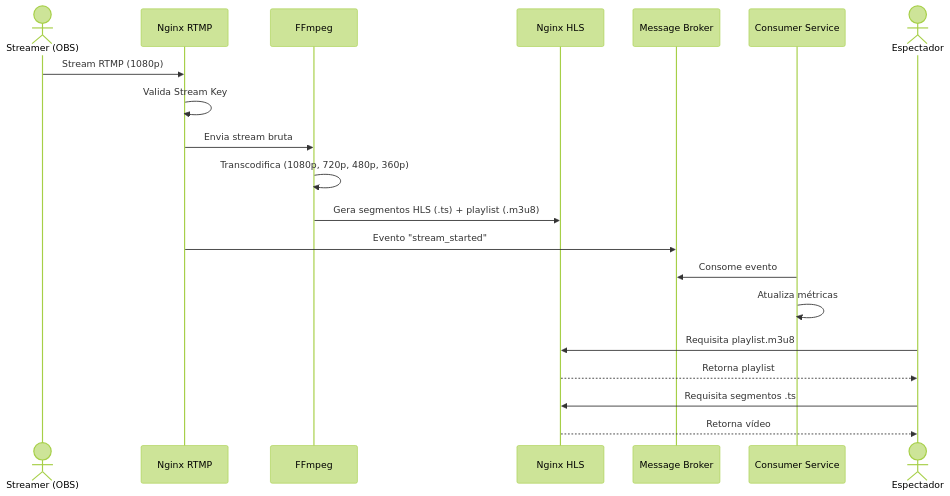
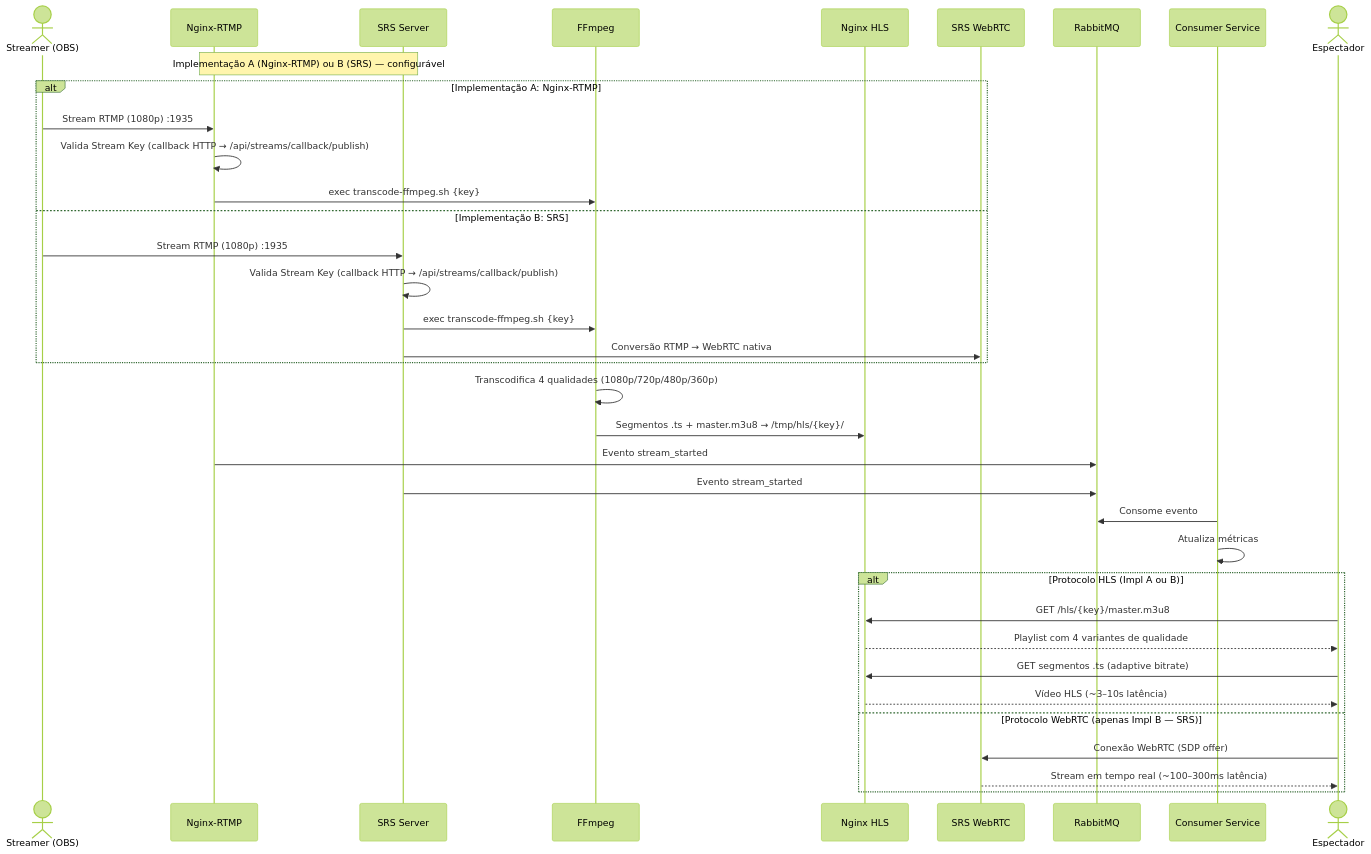
The diagram in docs/diagrams/04-fluxo-transmissao.mermaid (valter-junnior/tcc-streaming-platform), drawn with Mermaid (forest theme) before and after one commit. The commit also changed 45 other files, not shown here.

First line of the commit message:
feat: Update architecture diagrams and documentation for RTMP ingestion and delivery protocols

```diff
--- a/docs/diagrams/04-fluxo-transmissao.mermaid
+++ b/docs/diagrams/04-fluxo-transmissao.mermaid
@@ -1,22 +1,41 @@
 sequenceDiagram
     actor Streamer as Streamer (OBS)
-    participant RTMP as Nginx RTMP
+    participant NGX as Nginx-RTMP
+    participant SRS as SRS Server
     participant FFmpeg as FFmpeg
     participant HLS as Nginx HLS
-    participant Kafka as Message Broker
+    participant WebRTC as SRS WebRTC
+    participant Broker as RabbitMQ
     participant Consumer as Consumer Service
     actor Viewer as Espectador
 
-    Streamer->>RTMP: Stream RTMP (1080p)
-    RTMP->>RTMP: Valida Stream Key
-    RTMP->>FFmpeg: Envia stream bruta
-    FFmpeg->>FFmpeg: Transcodifica (1080p, 720p, 480p, 360p)
-    FFmpeg->>HLS: Gera segmentos HLS (.ts) + playlist (.m3u8)
-    RTMP->>Kafka: Evento "stream_started"
-    Consumer->>Kafka: Consome evento
+    Note over NGX,SRS: Implementação A (Nginx-RTMP) ou B (SRS) — configurável
+
+    alt Implementação A: Nginx-RTMP
+        Streamer->>NGX: Stream RTMP (1080p) :1935
+        NGX->>NGX: Valida Stream Key (callback HTTP → /api/streams/callback/publish)
+        NGX->>FFmpeg: exec transcode-ffmpeg.sh {key}
+    else Implementação B: SRS
+        Streamer->>SRS: Stream RTMP (1080p) :1935
+        SRS->>SRS: Valida Stream Key (callback HTTP → /api/streams/callback/publish)
+        SRS->>FFmpeg: exec transcode-ffmpeg.sh {key}
+        SRS->>WebRTC: Conversão RTMP → WebRTC nativa
+    end
+
+    FFmpeg->>FFmpeg: Transcodifica 4 qualidades (1080p/720p/480p/360p)
+    FFmpeg->>HLS: Segmentos .ts + master.m3u8 → /tmp/hls/{key}/
+
+    NGX->>Broker: Evento stream_started
+    SRS->>Broker: Evento stream_started
+    Consumer->>Broker: Consome evento
     Consumer->>Consumer: Atualiza métricas
-    
-    Viewer->>HLS: Requisita playlist.m3u8
-    HLS-->>Viewer: Retorna playlist
-    Viewer->>HLS: Requisita segmentos .ts
-    HLS-->>Viewer: Retorna vídeo
+
+    alt Protocolo HLS (Impl A ou B)
+        Viewer->>HLS: GET /hls/{key}/master.m3u8
+        HLS-->>Viewer: Playlist com 4 variantes de qualidade
+        Viewer->>HLS: GET segmentos .ts (adaptive bitrate)
+        HLS-->>Viewer: Vídeo HLS (~3–10s latência)
+    else Protocolo WebRTC (apenas Impl B — SRS)
+        Viewer->>WebRTC: Conexão WebRTC (SDP offer)
+        WebRTC-->>Viewer: Stream em tempo real (~100–300ms latência)
+    end
```
